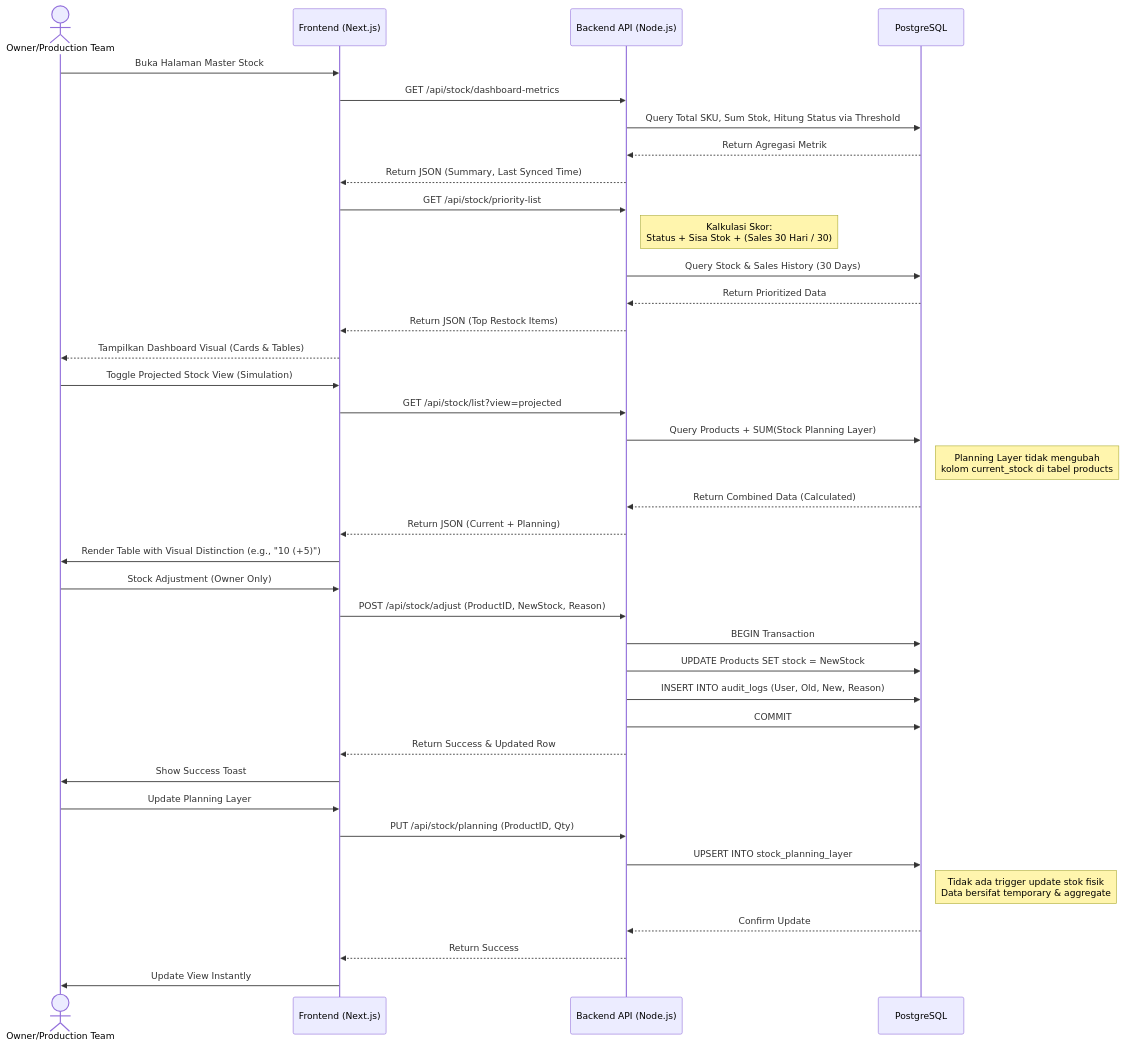
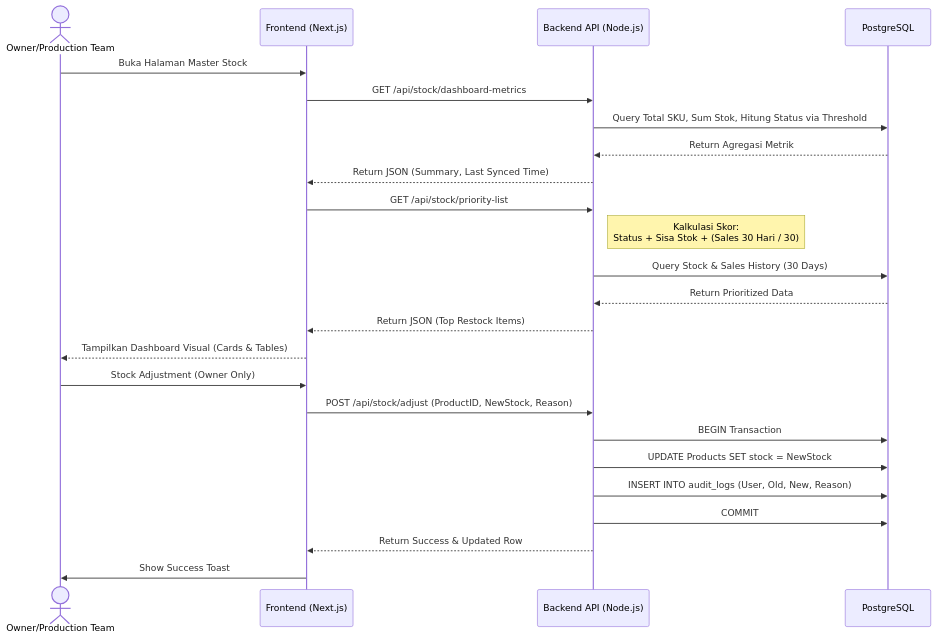
Before and after one commit to hizkiandun17/master-stock-frontend: the first of 2 diagrams in prdMASTERDATA.md, drawn with Mermaid. The commit also changed other lines of this file and 18 other files, not shown here.

````diff
--- a/prdMASTERDATA.md
+++ b/prdMASTERDATA.md
@@ -237,46 +174,31 @@
 ```mermaid
 sequenceDiagram
     actor User as Owner/Production Team
     participant FE as Frontend (Next.js)
     participant BE as Backend API (Node.js)
     participant DB as PostgreSQL
 
     User->>FE: Buka Halaman Master Stock
     FE->>BE: GET /api/stock/dashboard-metrics
     BE->>DB: Query Total SKU, Sum Stok, Hitung Status via Threshold
     DB-->>BE: Return Agregasi Metrik
     BE-->>FE: Return JSON (Summary, Last Synced Time)
 
     FE->>BE: GET /api/stock/priority-list
     Note right of BE: Kalkulasi Skor: <br/>Status + Sisa Stok + (Sales 30 Hari / 30)
     BE->>DB: Query Stock & Sales History (30 Days)
     DB-->>BE: Return Prioritized Data
     BE-->>FE: Return JSON (Top Restock Items)
     
     FE-->>User: Tampilkan Dashboard Visual (Cards & Tables)
-    
-    User->>FE: Toggle Projected Stock View (Simulation)
-    FE->>BE: GET /api/stock/list?view=projected
-    BE->>DB: Query Products + SUM(Stock Planning Layer)
-    Note right of DB: Planning Layer tidak mengubah <br/>kolom current_stock di tabel products
-    DB-->>BE: Return Combined Data (Calculated)
-    BE-->>FE: Return JSON (Current + Planning)
-    FE->>User: Render Table with Visual Distinction (e.g., "10 (+5)")
 
     User->>FE: Stock Adjustment (Owner Only)
     FE->>BE: POST /api/stock/adjust (ProductID, NewStock, Reason)
     BE->>DB: BEGIN Transaction
     BE->>DB: UPDATE Products SET stock = NewStock
     BE->>DB: INSERT INTO audit_logs (User, Old, New, Reason)
     BE->>DB: COMMIT
     BE-->>FE: Return Success & Updated Row
     FE->>User: Show Success Toast
 
-    User->>FE: Update Planning Layer
-    FE->>BE: PUT /api/stock/planning (ProductID, Qty)
-    BE->>DB: UPSERT INTO stock_planning_layer
-    Note right of DB: Tidak ada trigger update stok fisik<br/>Data bersifat temporary & aggregate
-    DB-->>BE: Confirm Update
-    BE-->>FE: Return Success
-    FE->>User: Update View Instantly
 ```
````
